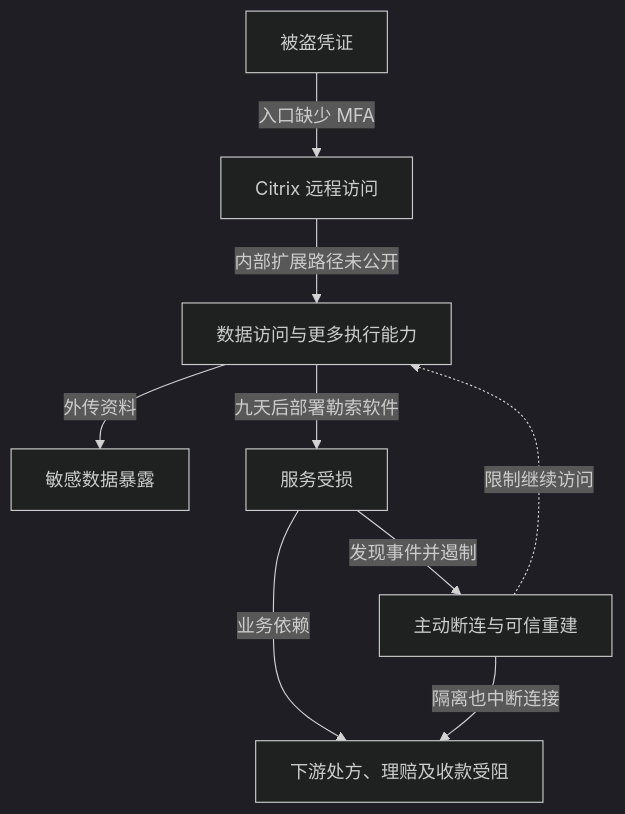
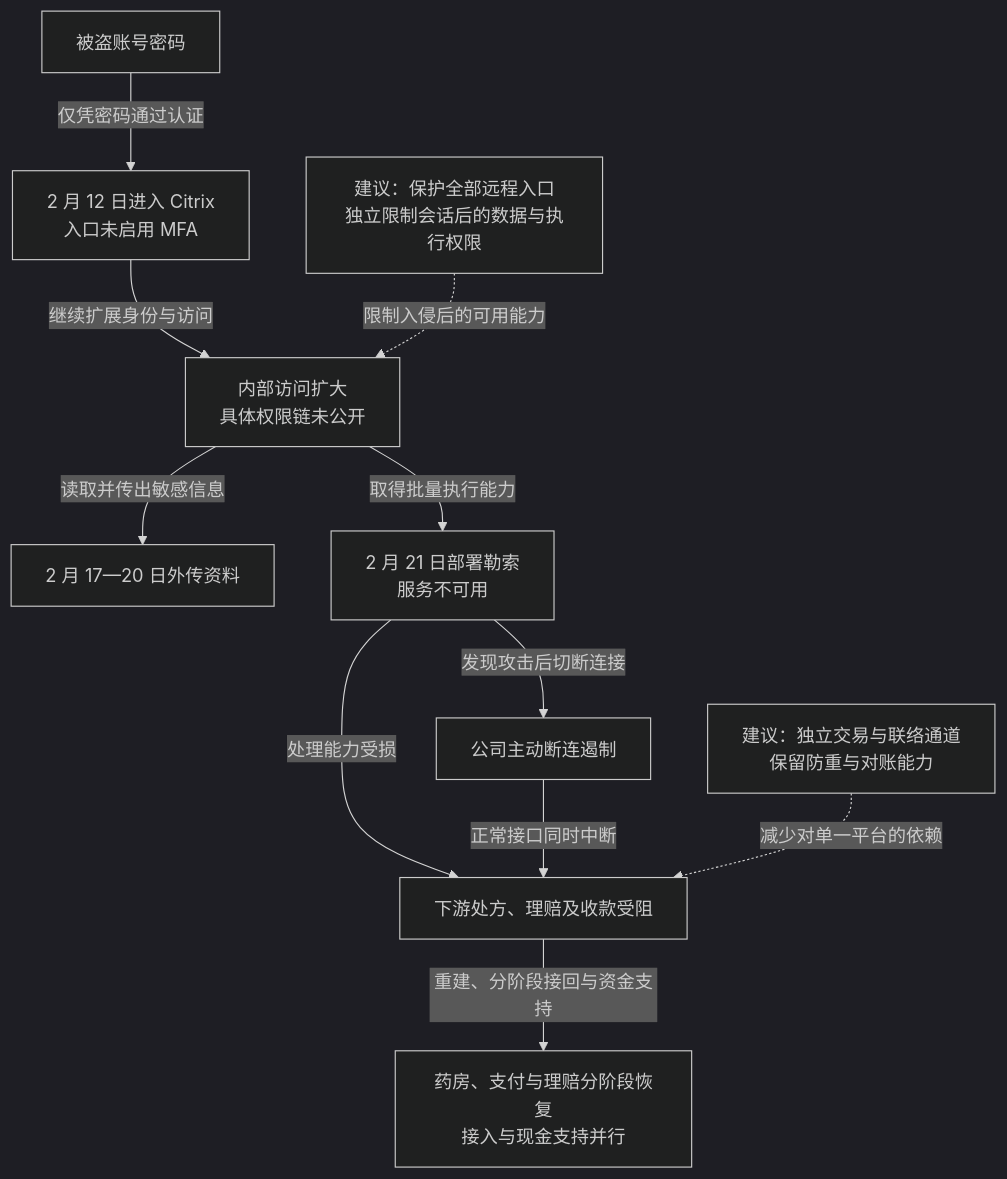
Before and after one commit to FeeiCN/FEEI.CN: the diagram in docs/01-网络安全/01-网络空间安全/01-安全威胁/01-历史攻击事件/2024-ChangeHealthcare医疗支付中断事件分析.md, drawn with Mermaid (dark theme). The commit also changed other lines of this file and 21 other files, not shown here.

````diff
--- a/docs/01-网络安全/01-网络空间安全/01-安全威胁/01-历史攻击事件/2024-ChangeHealthcare医疗支付中断事件分析.md
+++ b/docs/01-网络安全/01-网络空间安全/01-安全威胁/01-历史攻击事件/2024-ChangeHealthcare医疗支付中断事件分析.md
@@ -27,15 +45,28 @@
 ```mermaid
 flowchart TB
-  accTitle: 单一服务失陷怎样影响未被感染的医疗机构
-  accDescr: 被盗凭证进入缺少 MFA 的 Citrix 入口，内部扩展具体路径未公开，随后发生数据外传与勒索部署。企业主动断连遏制攻击，也影响下游处方、理赔和收款，恢复需同时核对安全与交易状态。
-  a["被盗凭证"] -->|入口缺少 MFA| b["Citrix 远程访问"]
-  b -->|内部扩展路径未公开| c["数据访问与更多执行能力"]
-  c -->|外传资料| d["敏感数据暴露"]
-  c -->|九天后部署勒索软件| e["服务受损"]
-  e -->|发现事件并遏制| r["主动断连与可信重建"]
-  r -. 限制继续访问 .-> c
-  e -->|业务依赖| f["下游处方、理赔及收款受阻"]
-  r -->|隔离也中断连接| f
-  class b,c,e main
-  class r response
+  accTitle: 远程身份失守如何扩大为医疗交易中断
+  accDescr: 攻击者使用被盗密码进入缺少 MFA 的 Citrix，内部扩展细节未公开，随后外传健康资料并部署勒索。公司断连遏制攻击，也切断下游交易；服务分阶段恢复。虚线连接建议控制。
+  creds["被盗账号密码"]
+  remote["2 月 12 日进入 Citrix<br/>入口未启用 MFA"]
+  access["内部访问扩大<br/>具体权限链未公开"]
+  stolen["2 月 17—20 日外传资料"]
+  encrypt["2 月 21 日部署勒索<br/>服务不可用"]
+  disconnect["公司主动断连遏制"]
+  business["下游处方、理赔及收款受阻"]
+  recover["药房、支付与理赔分阶段恢复<br/>接入与现金支持并行"]
+  authControl["建议：保护全部远程入口<br/>独立限制会话后的数据与执行权限"]
+  continuity["建议：独立交易与联络通道<br/>保留防重与对账能力"]
+  creds -->|仅凭密码通过认证| remote
+  remote -->|继续扩展身份与访问| access
+  access -->|读取并传出敏感信息| stolen
+  access -->|取得批量执行能力| encrypt
+  encrypt -->|发现攻击后切断连接| disconnect
+  encrypt -->|处理能力受损| business
+  disconnect -->|正常接口同时中断| business
+  business -->|重建、分阶段接回与资金支持| recover
+  authControl -. 限制入侵后的可用能力 .-> access
+  continuity -. 减少对单一平台的依赖 .-> business
+  class remote,access,stolen,encrypt main
+  class disconnect,recover response
+  class authControl,continuity note
 ```
````
